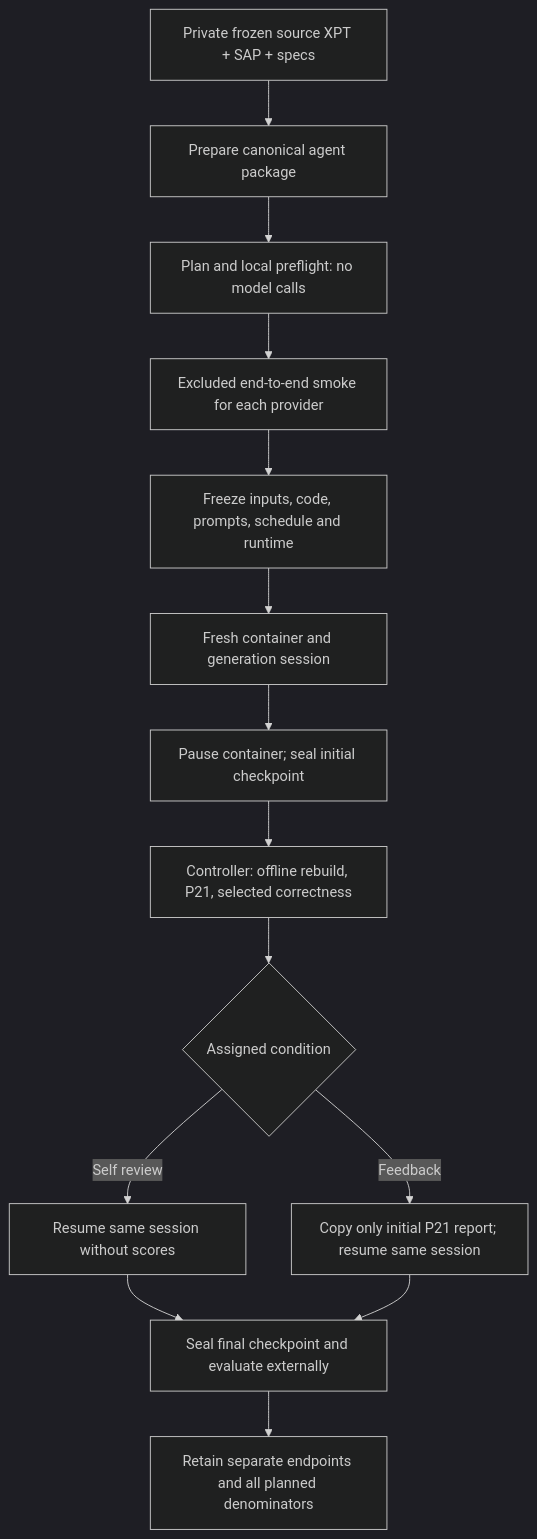
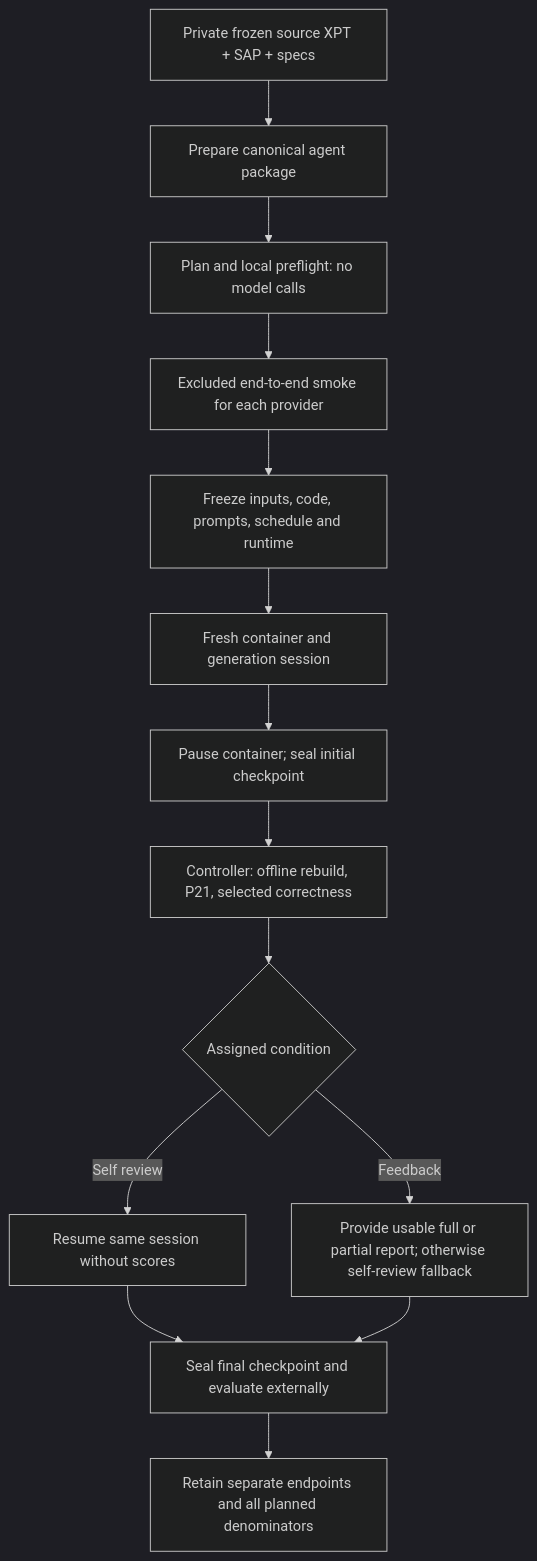
The diagram in docs/main-experiment-workflow.md (lyc0603/clinical_bench), drawn with Mermaid (dark theme) before and after one commit. The commit also changed other lines of this file and 9 other files, not shown here.

````diff
--- a/docs/main-experiment-workflow.md
+++ b/docs/main-experiment-workflow.md
@@ -29,16 +29,16 @@
 ```mermaid
 flowchart TD
   A[Private frozen source XPT + SAP + specs] --> B[Prepare canonical agent package]
   B --> C[Plan and local preflight: no model calls]
   C --> D[Excluded end-to-end smoke for each provider]
   D --> E[Freeze inputs, code, prompts, schedule and runtime]
   E --> F[Fresh container and generation session]
   F --> G[Pause container; seal initial checkpoint]
   G --> H[Controller: offline rebuild, P21, selected correctness]
   H --> I{Assigned condition}
   I -->|Self review| J[Resume same session without scores]
-  I -->|Feedback| K[Copy only initial P21 report; resume same session]
+  I -->|Feedback| K[Provide usable full or partial report; otherwise self-review fallback]
   J --> L[Seal final checkpoint and evaluate externally]
   K --> L
   L --> M[Retain separate endpoints and all planned denominators]
 ```
````
